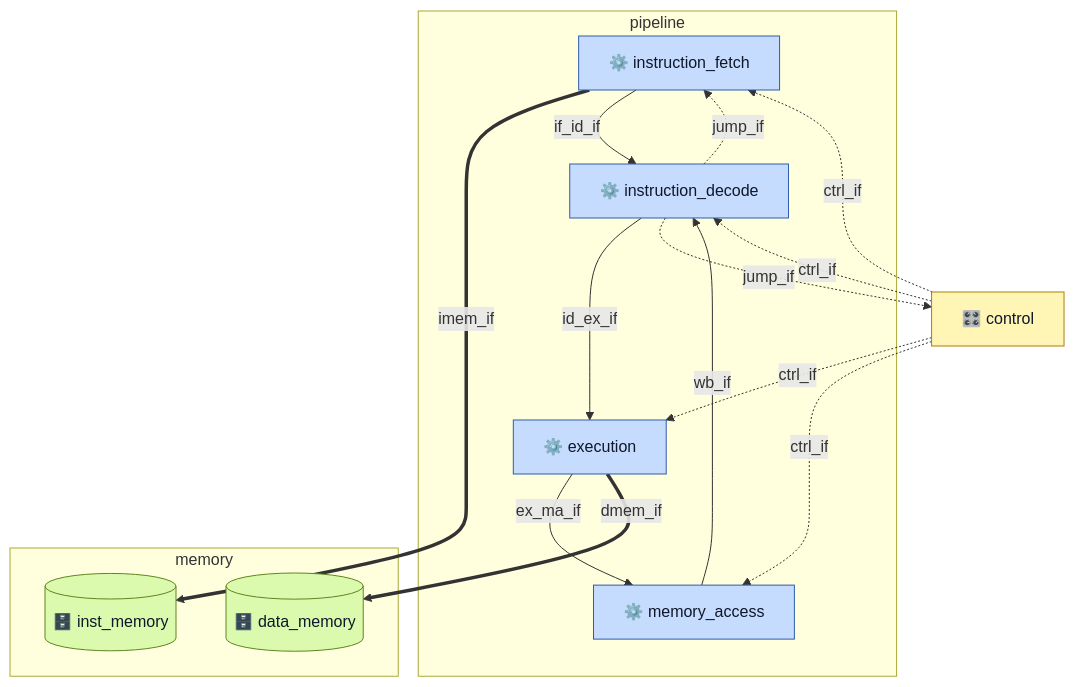
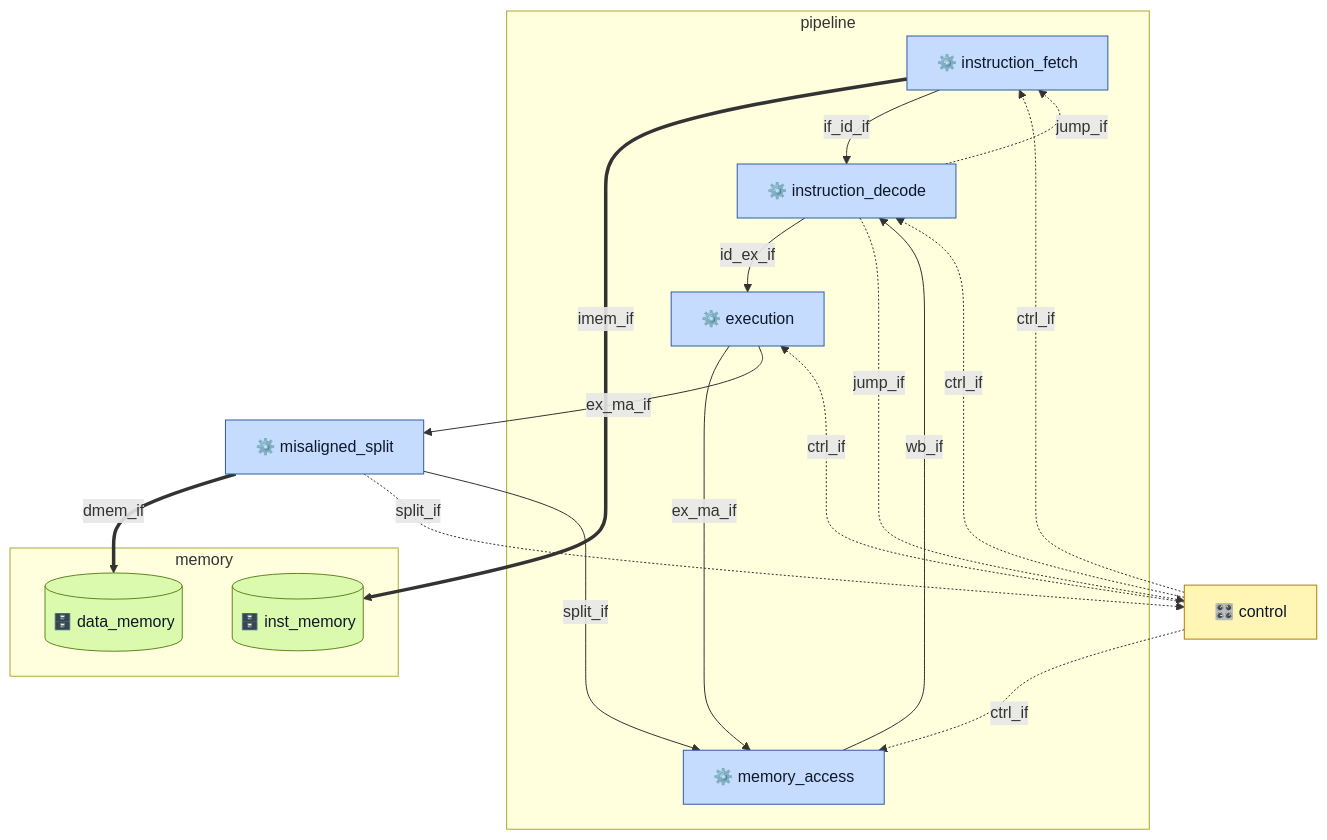
One commit to nelsonafn/riscv-small changed the third of 4 diagrams in doc/uarch.md. Above: the diagram before and after it, drawn with Mermaid. The commit also changed other lines of this file and 42 other files, not shown here.

````diff
--- a/doc/uarch.md
+++ b/doc/uarch.md
@@ -484,35 +568,39 @@
 ```mermaid
 flowchart TD
     accTitle: riscv-small top level
-    accDescr: Four pipeline stage modules, one control block, and the two external memories. Every edge is one interface from the catalogue, labelled with the interface name rather than with its signals, and drawn from the initiator to the target.
+    accDescr: Four pipeline stage modules, the split block that owns the data port, one control block, and the two external memories. Every edge is one interface from the catalogue, labelled with the interface name rather than with its signals, and drawn from the initiator to the target.
     classDef stage fill:#c6dcff,stroke:#305bab,color:#0f172a
     classDef control fill:#fff6b6,stroke:#af7e02,color:#0f172a
     classDef memory fill:#dbfaad,stroke:#608520,color:#0f172a
 
     subgraph PIPE["pipeline"]
         IF["⚙️ instruction_fetch"]:::stage
         ID["⚙️ instruction_decode"]:::stage
         EX["⚙️ execution"]:::stage
         MA["⚙️ memory_access"]:::stage
     end
 
     subgraph MEM["memory"]
         IMEM[("🗄️ inst_memory")]:::memory
         DMEM[("🗄️ data_memory")]:::memory
     end
 
+    SPLIT["⚙️ misaligned_split"]:::stage
     CTL["🎛️ control"]:::control
 
     IF ==>|"imem_if"| IMEM
     IF -->|"if_id_if"| ID
     ID -->|"id_ex_if"| EX
     EX -->|"ex_ma_if"| MA
+    EX -->|"ex_ma_if"| SPLIT
+    SPLIT ==>|"dmem_if"| DMEM
+    SPLIT -.->|"split_if"| CTL
+    SPLIT -->|"split_if"| MA
     MA -->|"wb_if"| ID
-    EX ==>|"dmem_if"| DMEM
     ID -.->|"jump_if"| IF
     ID -.->|"jump_if"| CTL
     CTL -.->|"ctrl_if"| IF
     CTL -.->|"ctrl_if"| ID
     CTL -.->|"ctrl_if"| EX
     CTL -.->|"ctrl_if"| MA
 ```
````
